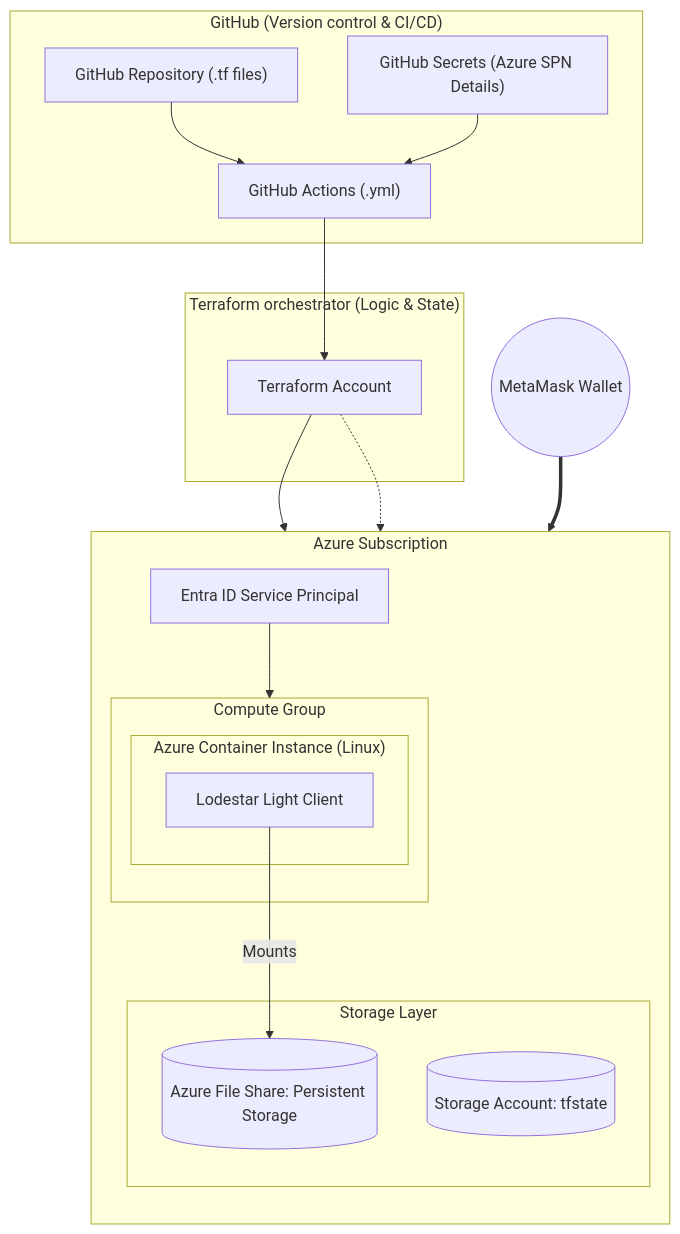
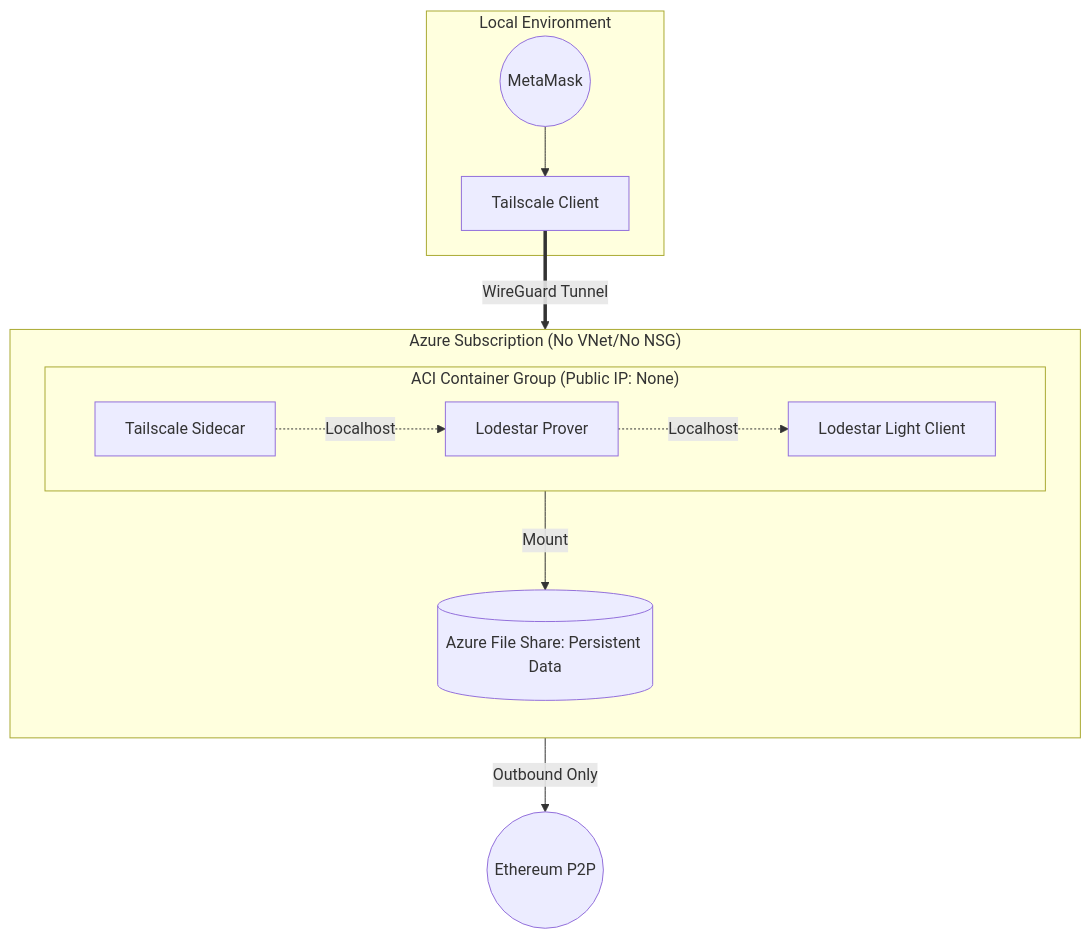
The third of 4 diagrams in HighLevelDesign.md (vfr750y/Cost-Optimized-Ethereum-Node-On-Azure), drawn with Mermaid before and after one commit.

Commit message:
edit HLD

````diff
--- a/HighLevelDesign.md
+++ b/HighLevelDesign.md
@@ -75,43 +75,28 @@
 ```mermaid
 graph TB
-    subgraph GitHub ["GitHub (Version control & CI/CD)"]
-        repo["GitHub Repository (.tf files)"]
-        actions["GitHub Actions (.yml)"]
-        secrets["GitHub Secrets (Azure SPN Details)"]
+    subgraph Client_Env [Local Environment]
+        Wallet((MetaMask))
+        TS_App[Tailscale Client]
     end
 
-    subgraph TF_Cloud ["Terraform orchestrator (Logic & State)"]
-        TF["Terraform Account"]
+    subgraph Azure ["Azure Subscription (No VNet/No NSG)"]
+        direction TB
+        
+        subgraph ACI_Group ["ACI Container Group (Public IP: None)"]
+            direction LR
+            Lodestar["Lodestar Light Client"]
+            Prover["Lodestar Prover"]
+            Tailscale["Tailscale Sidecar"]
+        end
+
+        FS[("Azure File Share: Persistent Data")]
     end
 
-    subgraph Azure ["Azure Subscription"]
-        direction TB
-        SPN["Entra ID Service Principal"]
-        
-        subgraph Data_Storage ["Storage Layer"]
-            State[("Storage Account: tfstate")]
-            FS[("Azure File Share: Persistent Storage")]
-        end
-
-        subgraph Runtime ["Compute Group"]
-            subgraph ACI_Instance ["Azure Container Instance (Linux)"]
-                Lodestar["Lodestar Light Client"]
-            end
-        end
-    end
-
-    User((MetaMask Wallet))
-
-    %% CI/CD Flow
-    repo & secrets --> actions
-    actions --> TF
-
-    %% Infrastructure Flow
-    TF --> SPN
-    SPN --> Runtime
-    TF -.-> State
-
-    %% Execution & Persistence
-    Lodestar -- "Mounts" --> FS
-    User ==> Lodestar
+    %% Networking
+    Wallet --> TS_App
+    TS_App == "WireGuard Tunnel" ==> Tailscale
+    Tailscale -. "Localhost" .-> Prover
+    Prover -. "Localhost" .-> Lodestar
+    Lodestar -- "Outbound Only" --> Eth_Network((Ethereum P2P))
+    Lodestar -- "Mount" --> FS
 ```
````
